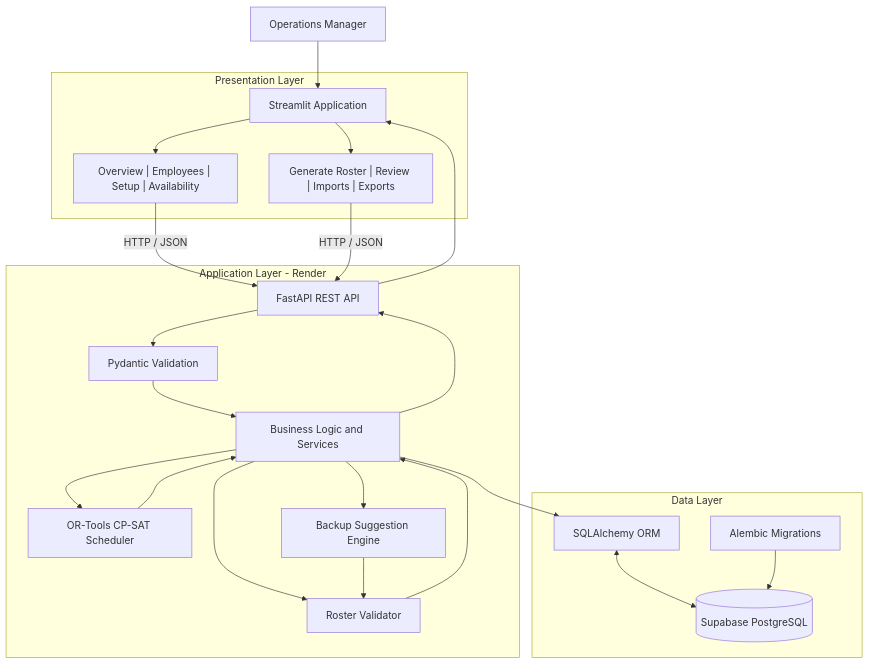
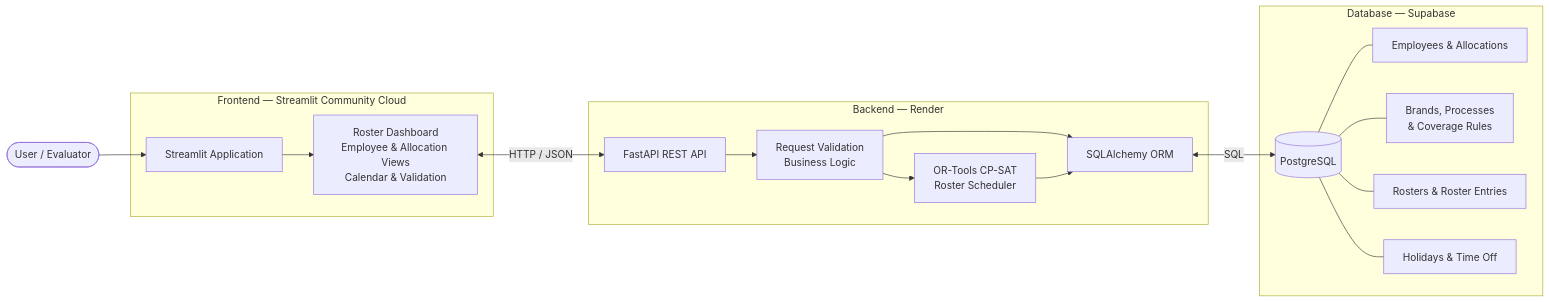
One commit to arpitaD2024/Smart-Roster-Management changed the first of 4 diagrams in README.md. Above: the diagram before and after it, drawn with Mermaid. The commit also changed other lines of this file, not shown here.

````diff
--- a/README.md
+++ b/README.md
@@ -151,47 +142,37 @@
 ```mermaid
-flowchart TB
-    Manager["Operations Manager"]
+flowchart LR
+    U([User / Evaluator])
 
-    subgraph Frontend["Presentation Layer"]
-        UI["Streamlit Application"]
-        Pages["Overview | Employees | Setup | Availability"]
-        RosterUI["Generate Roster | Review | Imports | Exports"]
+    subgraph FE["Frontend — Streamlit Community Cloud"]
+        A["Streamlit Application"]
+        B["Roster Dashboard<br/>Employee & Allocation Views<br/>Calendar & Validation"]
+        A --> B
     end
 
-    subgraph Backend["Application Layer - Render"]
-        API["FastAPI REST API"]
-        Schemas["Pydantic Validation"]
-        Services["Business Logic and Services"]
-        Validator["Roster Validator"]
-        Scheduler["OR-Tools CP-SAT Scheduler"]
-        Backup["Backup Suggestion Engine"]
+    subgraph BE["Backend — Render"]
+        C["FastAPI REST API"]
+        D["Request Validation<br/>Business Logic"]
+        E["OR-Tools CP-SAT<br/>Roster Scheduler"]
+        F["SQLAlchemy ORM"]
+        C --> D
+        D --> E
+        D --> F
+        E --> F
     end
 
-    subgraph Data["Data Layer"]
-        ORM["SQLAlchemy ORM"]
-        DB[("Supabase PostgreSQL")]
-        Migrations["Alembic Migrations"]
+    subgraph DB["Database — Supabase"]
+        G[("PostgreSQL")]
+        H["Employees & Allocations"]
+        I["Brands, Processes<br/>& Coverage Rules"]
+        J["Rosters & Roster Entries"]
+        K["Holidays & Time Off"]
+        G --- H
+        G --- I
+        G --- J
+        G --- K
     end
 
-    Manager --> UI
-    UI --> Pages
-    UI --> RosterUI
-    Pages -->|"HTTP / JSON"| API
-    RosterUI -->|"HTTP / JSON"| API
-
-    API --> Schemas
-    Schemas --> Services
-    Services --> ORM
-    ORM <--> DB
-    Migrations --> DB
-
-    Services --> Scheduler
-    Services --> Validator
-    Services --> Backup
-
-    Scheduler --> Services
-    Validator --> Services
-    Backup --> Validator
-    Services --> API
-    API --> UI
-```
+    U --> A
+    B <-->|"HTTP / JSON"| C
+    F <-->|"SQL"| G
+``` 
````
